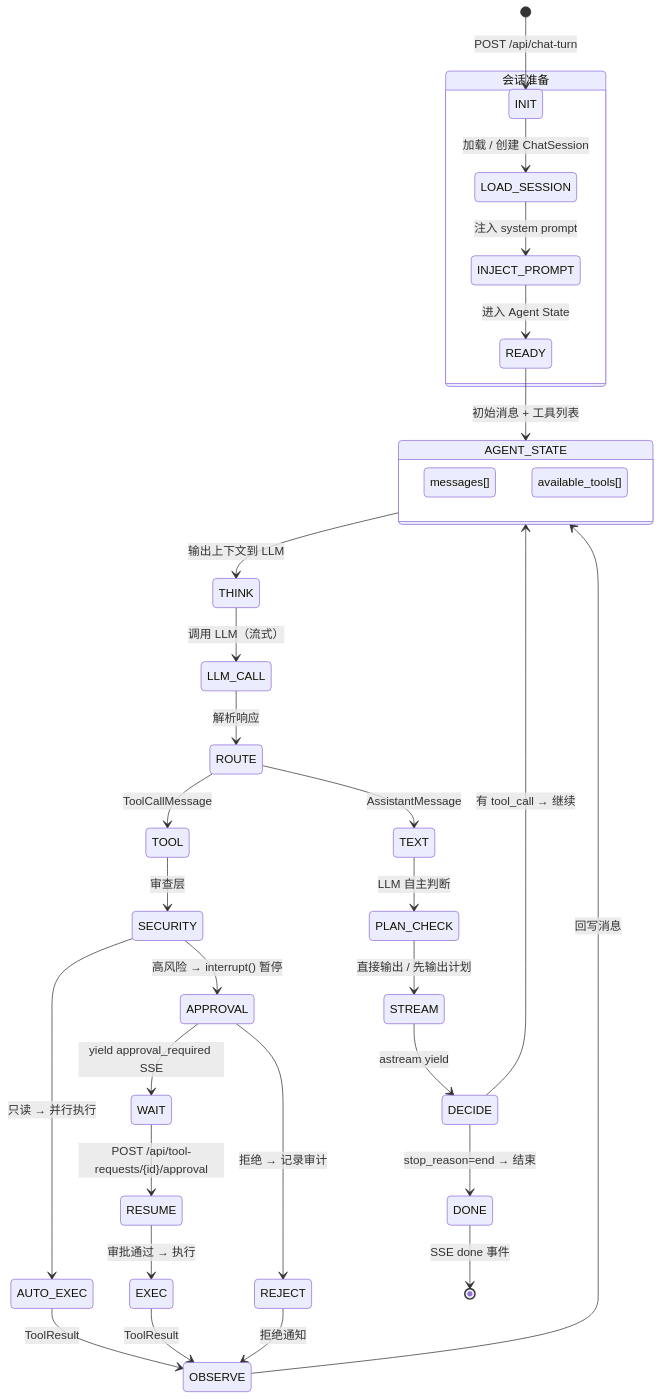
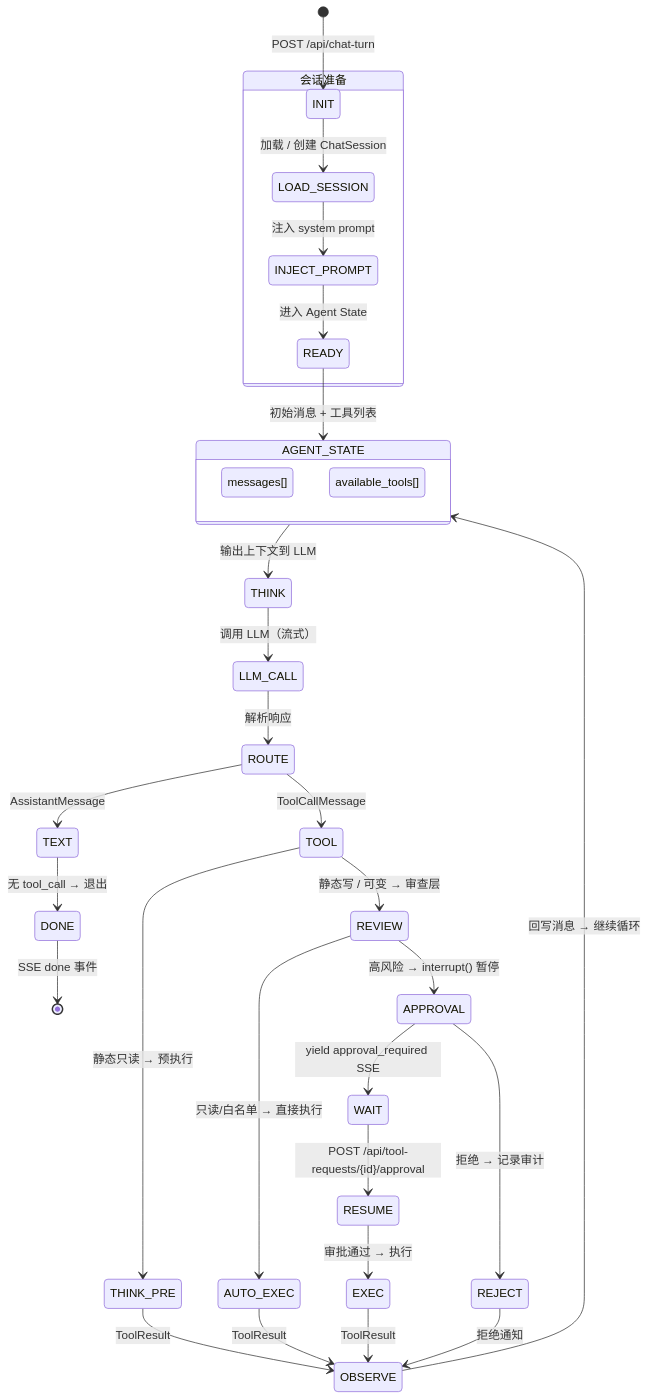
The third of 10 diagrams in web-server/graph.md (nazzeDe/alascup-agent), drawn with Mermaid before and after one commit. The commit also changed other lines of this file and 2 other files, not shown here.

First line of the commit message:
docs: align review flow, SSE fields, graph topology with implementation

````diff
--- a/web-server/graph.md
+++ b/web-server/graph.md
@@ -230,47 +233,46 @@
 ```mermaid
 stateDiagram-v2
     [*] --> INIT: POST /api/chat-turn
 
     state "会话准备" as PREP {
         INIT --> LOAD_SESSION: 加载 / 创建 ChatSession
         LOAD_SESSION --> INJECT_PROMPT: 注入 system prompt
         INJECT_PROMPT --> READY: 进入 Agent State
     }
 
     READY --> AGENT_STATE: 初始消息 + 工具列表
 
     state AGENT_STATE {
         MSGS: messages[]
         TOOLS: available_tools[]
     }
 
     AGENT_STATE --> THINK: 输出上下文到 LLM
     THINK --> LLM_CALL: 调用 LLM（流式）
     LLM_CALL --> ROUTE: 解析响应
 
     ROUTE --> TEXT: AssistantMessage
     ROUTE --> TOOL: ToolCallMessage
 
-    TEXT --> PLAN_CHECK: LLM 自主判断
-    PLAN_CHECK --> STREAM: 直接输出 / 先输出计划
-    STREAM --> DECIDE: astream yield
+    TEXT --> DONE: 无 tool_call → 退出
+    DONE --> [*]: SSE done 事件
 
-    TOOL --> SECURITY: 审查层
-    SECURITY --> AUTO_EXEC: 只读 → 并行执行
-    SECURITY --> APPROVAL: 高风险 → interrupt() 暂停
+    TOOL --> THINK_PRE: 静态只读 → 预执行
+    TOOL --> REVIEW: 静态写 / 可变 → 审查层
+
+    THINK_PRE --> OBSERVE: ToolResult
+
+    REVIEW --> AUTO_EXEC: 只读/白名单 → 直接执行
+    REVIEW --> APPROVAL: 高风险 → interrupt() 暂停
 
     APPROVAL --> WAIT: yield approval_required SSE
     WAIT --> RESUME: POST /api/tool-requests/{id}/approval
     RESUME --> EXEC: 审批通过 → 执行
 
     AUTO_EXEC --> OBSERVE: ToolResult
     EXEC --> OBSERVE: ToolResult
     APPROVAL --> REJECT: 拒绝 → 记录审计
     REJECT --> OBSERVE: 拒绝通知
 
-    OBSERVE --> AGENT_STATE: 回写消息
-
-    DECIDE --> AGENT_STATE: 有 tool_call → 继续
-    DECIDE --> DONE: stop_reason=end → 结束
-    DONE --> [*]: SSE done 事件
+    OBSERVE --> AGENT_STATE: 回写消息 → 继续循环
 ```
````
